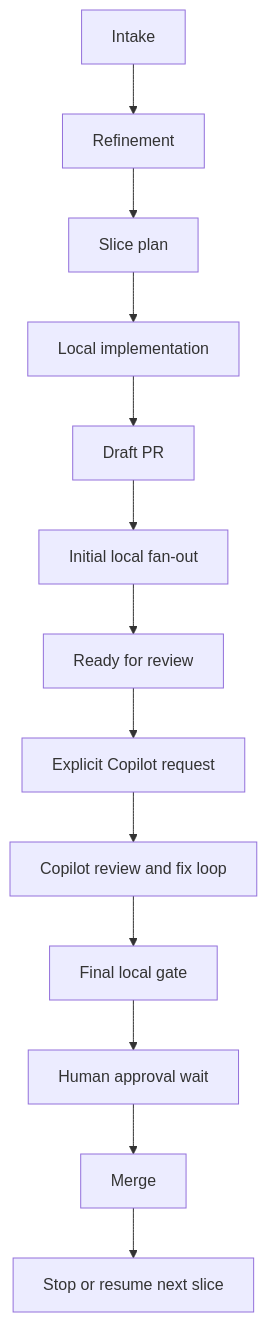
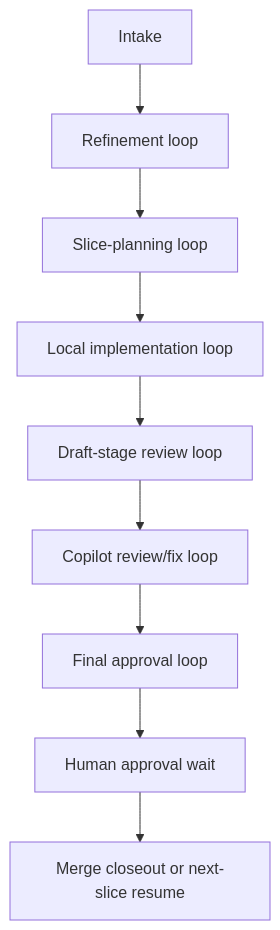
Before and after one commit to mfittko/pi-dev-loops: the diagram in docs/conductor-loop-latency-presentation.md, drawn with Mermaid. The commit also changed other lines of this file, not shown here.

Commit message:
docs: emphasize loop architecture in conductor deck

````diff
--- a/docs/conductor-loop-latency-presentation.md
+++ b/docs/conductor-loop-latency-presentation.md
@@ -109,15 +111,14 @@
 ```mermaid {scale: 0.8}
 flowchart TD
-    A[Intake] --> B[Refinement]
-    B --> C[Slice plan]
-    C --> D[Local implementation]
-    D --> E[Draft PR]
-    E --> F[Initial local fan-out]
-    F --> G[Ready for review]
-    G --> H[Explicit Copilot request]
-    H --> I[Copilot review and fix loop]
-    I --> J[Final local gate]
-    J --> K[Human approval wait]
-    K --> L[Merge]
-    L --> M[Stop or resume next slice]
+    A[Intake]
+    B[Refinement loop]
+    C[Slice-planning loop]
+    D[Local implementation loop]
+    E[Draft-stage review loop]
+    F[Copilot review/fix loop]
+    G[Final approval loop]
+    H[Human approval wait]
+    I[Merge closeout or next-slice resume]
+
+    A --> B --> C --> D --> E --> F --> G --> H --> I
 ```
````
